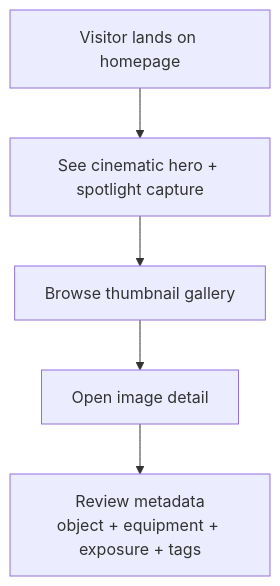
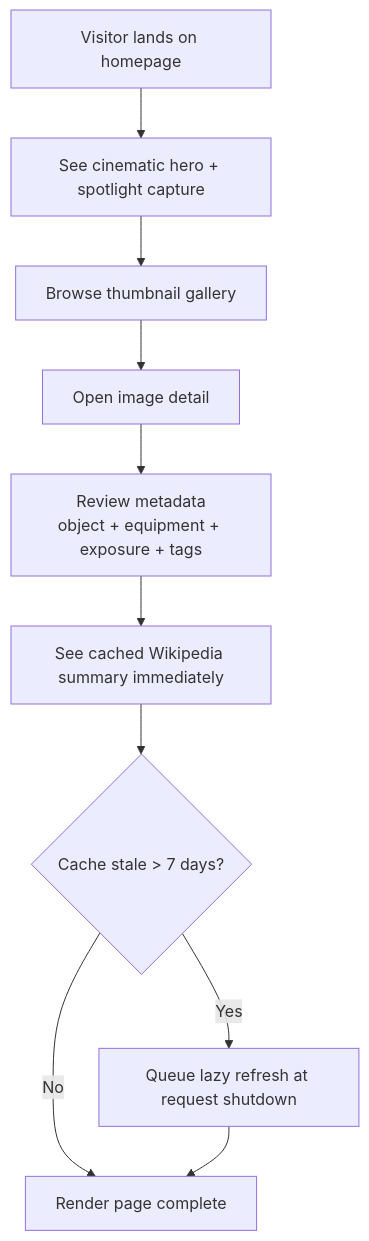
Before and after one commit to smeird/images: the first of 3 diagrams in README.md, drawn with Mermaid. The commit also changed other lines of this file and 5 other files, not shown here.

First line of the commit message:
Add Wikipedia cache fields with lazy stale refresh

````diff
--- a/README.md
+++ b/README.md
@@ -110,7 +112,12 @@
 ```mermaid
 flowchart TD
   A[Visitor lands on homepage] --> B[See cinematic hero + spotlight capture]
   B --> C[Browse thumbnail gallery]
   C --> D[Open image detail]
   D --> E[Review metadata\nobject + equipment + exposure + tags]
+  E --> F[See cached Wikipedia summary immediately]
+  F --> G{Cache stale > 7 days?}
+  G -->|No| H[Render page complete]
+  G -->|Yes| I[Queue lazy refresh at request shutdown]
+  I --> H
 ```
````
